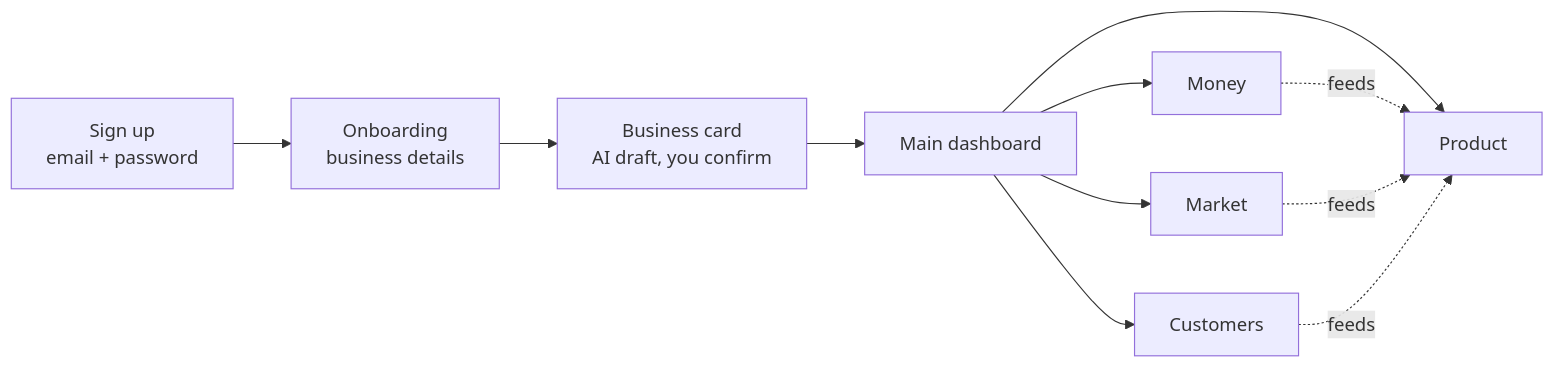
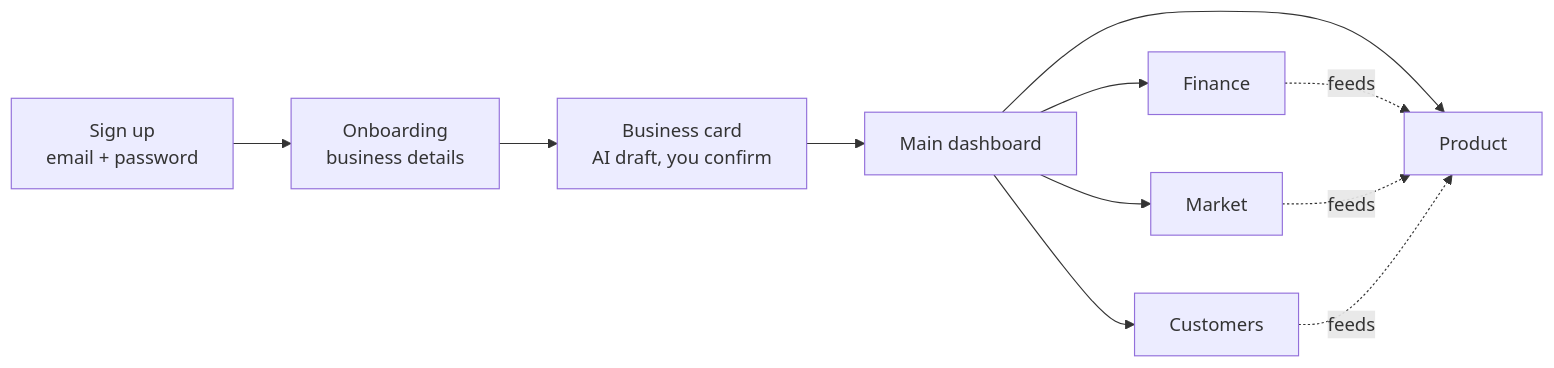
The first of 4 diagrams in docs/deck/PPT-CONTENT.md (Niranjan-cyber/rivallens), drawn with Mermaid before and after one commit. The commit also changed other lines of this file and 11 other files, not shown here.

Commit message:
Rename the Money dashboard to Finance (URL /finance, /money redirects)

````diff
--- a/docs/deck/PPT-CONTENT.md
+++ b/docs/deck/PPT-CONTENT.md
@@ -68,13 +68,13 @@
 ```mermaid
 flowchart LR
   A[Sign up<br/>email + password] --> B[Onboarding<br/>business details]
   B --> C[Business card<br/>AI draft, you confirm]
   C --> D[Main dashboard]
   D --> P[Product]
-  D --> M[Money]
+  D --> M[Finance]
   D --> K[Market]
   D --> U[Customers]
   M -.feeds.-> P
   K -.feeds.-> P
   U -.feeds.-> P
 ```
````
